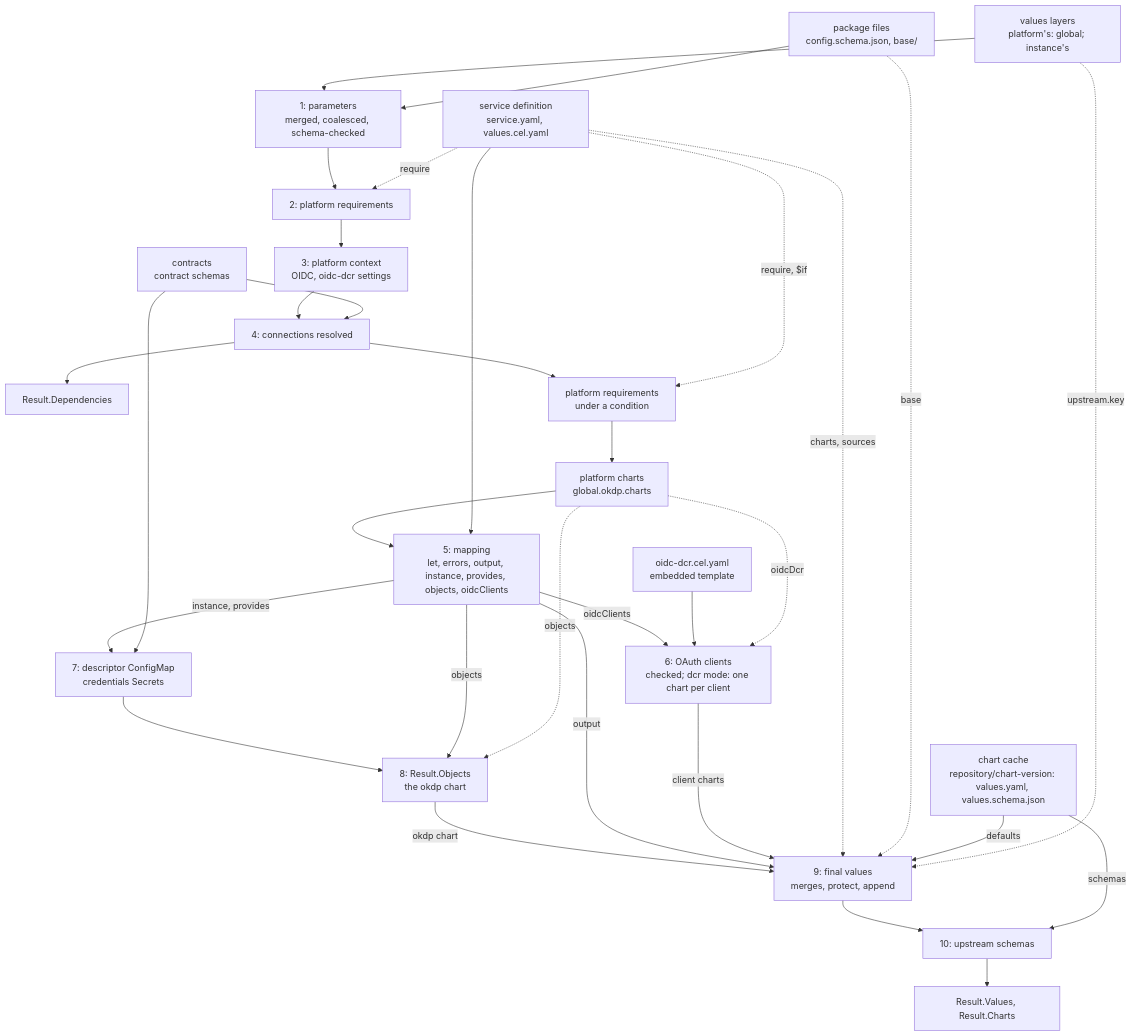
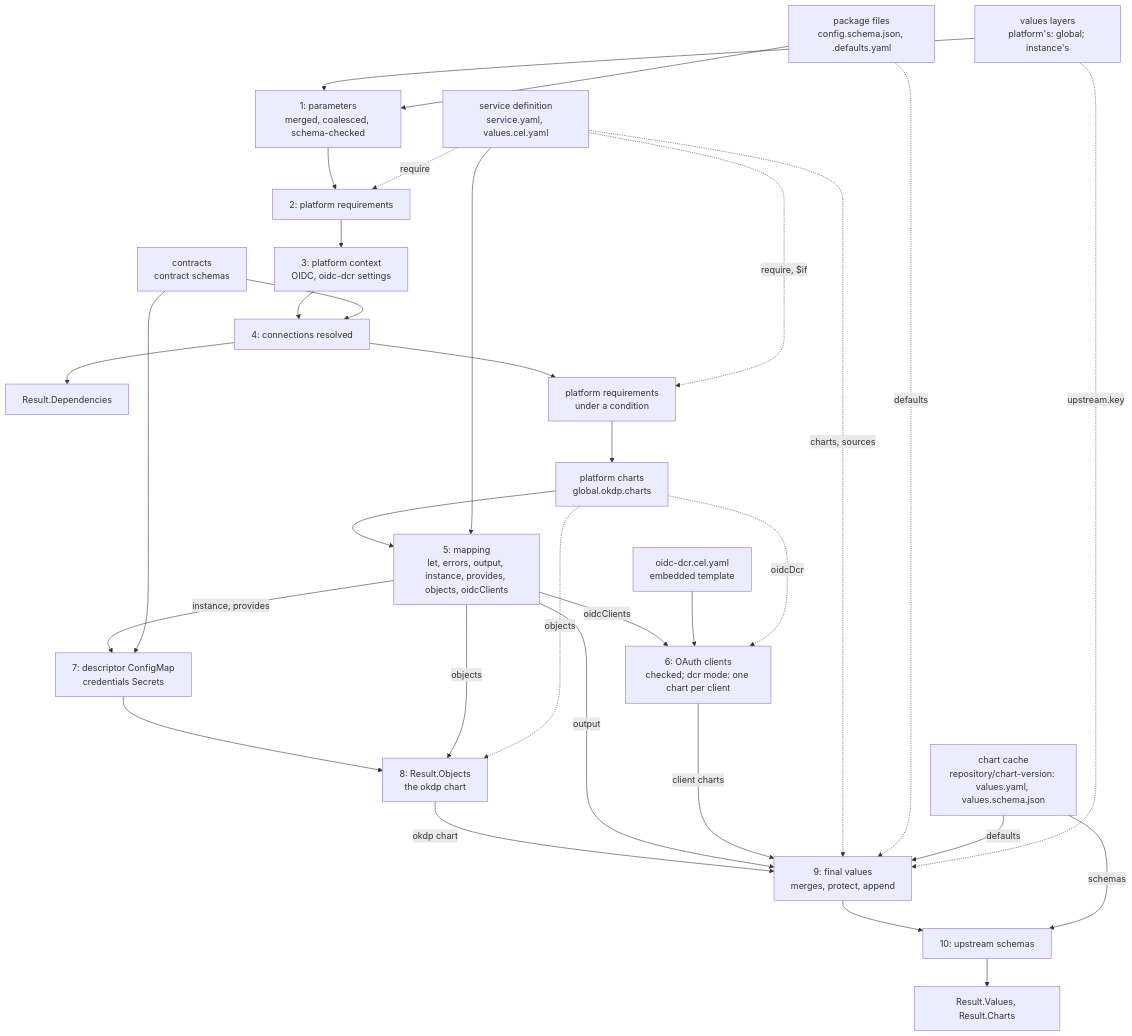
The diagram in docs/00_architecture.md (OKDP/okdp-compiler), drawn with Mermaid before and after one commit. The commit also changed other lines of this file and 25 other files, not shown here.

Commit message:
feat!: rename charts.<key>.base to defaults, <key>.defaults.yaml by convention

````diff
--- a/docs/00_architecture.md
+++ b/docs/00_architecture.md
@@ -44,41 +44,41 @@
 ```mermaid
 flowchart TD
   def["service definition<br/>service.yaml, values.cel.yaml"]
-  pkg["package files<br/>config.schema.json, base/"]
+  pkg["package files<br/>config.schema.json, <key>.defaults.yaml"]
   layers["values layers<br/>platform's: global; instance's"]
   contracts["contracts<br/>contract schemas"]
   cache["chart cache<br/>repository/chart-version: values.yaml, values.schema.json"]
   tmpl["oidc-dcr.cel.yaml<br/>embedded template"]
 
   layers --> s1["1: parameters<br/>merged, coalesced, schema-checked"]
   pkg --> s1
   s1 --> s2["2: platform requirements"]
   def -. require .-> s2
   s2 --> s3["3: platform context<br/>OIDC, oidc-dcr settings"]
   s3 --> s4["4: connections resolved"]
   contracts --> s4
   s4 --> deps["Result.Dependencies"]
   s4 --> rw["platform requirements<br/>under a condition"]
   def -. "require, $if" .-> rw
   rw --> pc["platform charts<br/>global.okdp.charts"]
   pc --> s5["5: mapping<br/>let, errors, output, instance, provides, objects, oidcClients"]
   def --> s5
   s5 -- oidcClients --> s6["6: OAuth clients<br/>checked; dcr mode: one chart per client"]
   tmpl --> s6
   pc -. oidcDcr .-> s6
   s5 -- "instance, provides" --> s7["7: descriptor ConfigMap<br/>credentials Secrets"]
   contracts --> s7
   s7 --> s8["8: Result.Objects<br/>the okdp chart"]
   s5 -- objects --> s8
   pc -. objects .-> s8
   s8 -- "okdp chart" --> s9
   s5 -- output --> s9["9: final values<br/>merges, protect, append"]
   s6 -- "client charts" --> s9
   def -. "charts, sources" .-> s9
-  pkg -. base .-> s9
+  pkg -. defaults .-> s9
   cache -- defaults --> s9
   layers -. "upstream.key" .-> s9
   s9 --> s10["10: upstream schemas"]
   cache -- schemas --> s10
   s10 --> vals["Result.Values, Result.Charts"]
 ```
````
